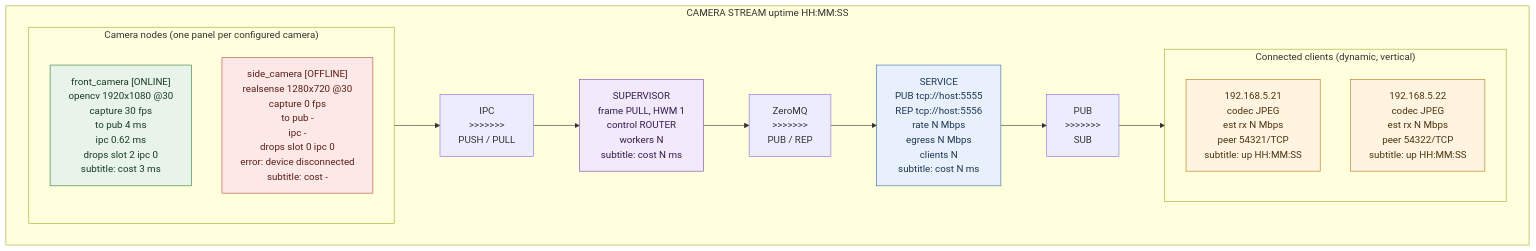
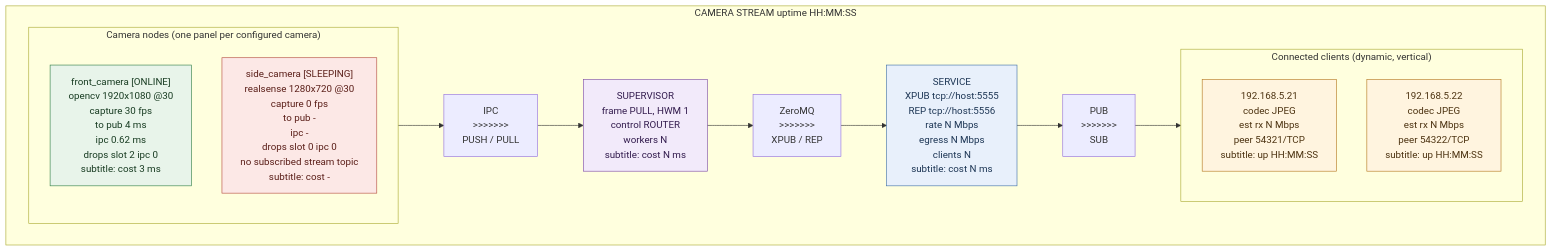
The second of 2 diagrams in README.md (sorelferris/camera-stream), drawn with Mermaid before and after one commit. The commit also changed other lines of this file and 11 other files, not shown here.

````diff
--- a/README.md
+++ b/README.md
@@ -196,41 +247,41 @@
 ```mermaid
 flowchart LR
     subgraph Screen["CAMERA STREAM                                      uptime HH:MM:SS"]
         direction LR
 
         subgraph Cameras["Camera nodes (one panel per configured camera)"]
             direction TB
             Cam1["front_camera [ONLINE]<br/>opencv 1920x1080 @30<br/>capture 30 fps<br/>to pub 4 ms<br/>ipc 0.62 ms<br/>drops slot 2 ipc 0<br/>subtitle: cost 3 ms"]
-            Cam2["side_camera [OFFLINE]<br/>realsense 1280x720 @30<br/>capture 0 fps<br/>to pub -<br/>ipc -<br/>drops slot 0 ipc 0<br/>error: device disconnected<br/>subtitle: cost -"]
+            Cam2["side_camera [SLEEPING]<br/>realsense 1280x720 @30<br/>capture 0 fps<br/>to pub -<br/>ipc -<br/>drops slot 0 ipc 0<br/>no subscribed stream topic<br/>subtitle: cost -"]
         end
 
         Ipc["IPC<br/>>>>>>>><br/>PUSH / PULL"]
 
         Supervisor["SUPERVISOR<br/>frame PULL, HWM 1<br/>control ROUTER<br/>workers N<br/>subtitle: cost N ms"]
 
-        Zmq["ZeroMQ<br/>>>>>>>><br/>PUB / REP"]
+        Zmq["ZeroMQ<br/>>>>>>>><br/>XPUB / REP"]
 
-        Service["SERVICE<br/>PUB tcp://host:5555<br/>REP tcp://host:5556<br/>rate N Mbps<br/>egress N Mbps<br/>clients N<br/>subtitle: cost N ms"]
+        Service["SERVICE<br/>XPUB tcp://host:5555<br/>REP tcp://host:5556<br/>rate N Mbps<br/>egress N Mbps<br/>clients N<br/>subtitle: cost N ms"]
 
         Pub["PUB<br/>>>>>>>><br/>SUB"]
 
         subgraph Clients["Connected clients (dynamic, vertical)"]
             direction TB
             Client1["192.168.5.21<br/>codec JPEG<br/>est rx N Mbps<br/>peer 54321/TCP<br/>subtitle: up HH:MM:SS"]
             Client2["192.168.5.22<br/>codec JPEG<br/>est rx N Mbps<br/>peer 54322/TCP<br/>subtitle: up HH:MM:SS"]
         end
 
         Cameras --> Ipc --> Supervisor --> Zmq --> Service --> Pub --> Clients
     end
 
     classDef camera fill:#e8f4ea,stroke:#2f7d45,color:#173b21
     classDef offline fill:#fce8e6,stroke:#b44b3e,color:#5a1e18
     classDef supervisor fill:#f2eafa,stroke:#7b4aa5,color:#321b4d
     classDef service fill:#e8f0fb,stroke:#3d6ea8,color:#1c3554
     classDef client fill:#fff4df,stroke:#b47720,color:#4c3210
     class Cam1 camera
     class Cam2 offline
     class Supervisor supervisor
     class Service service
     class Client1,Client2 client
 ```
````
